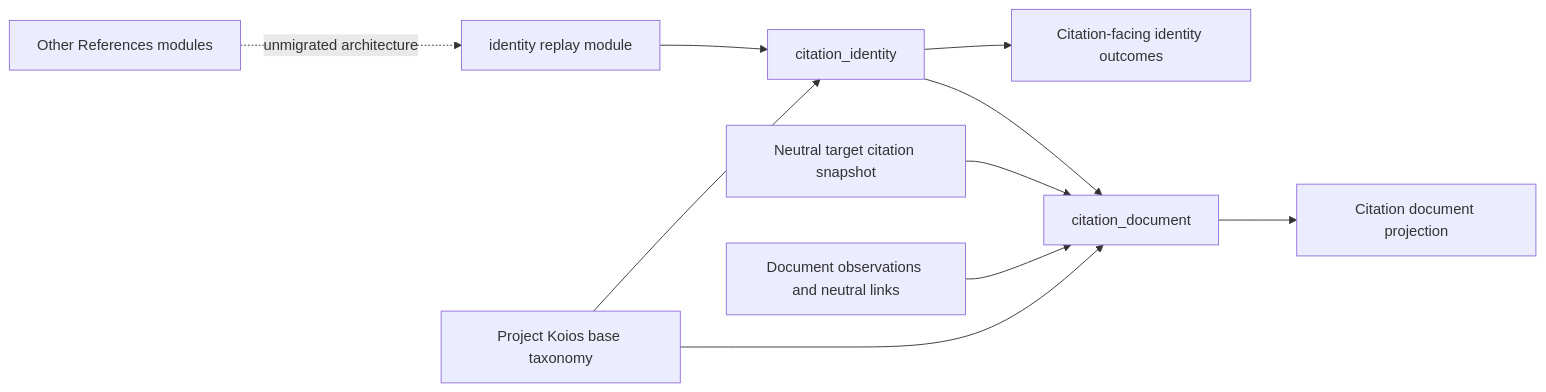
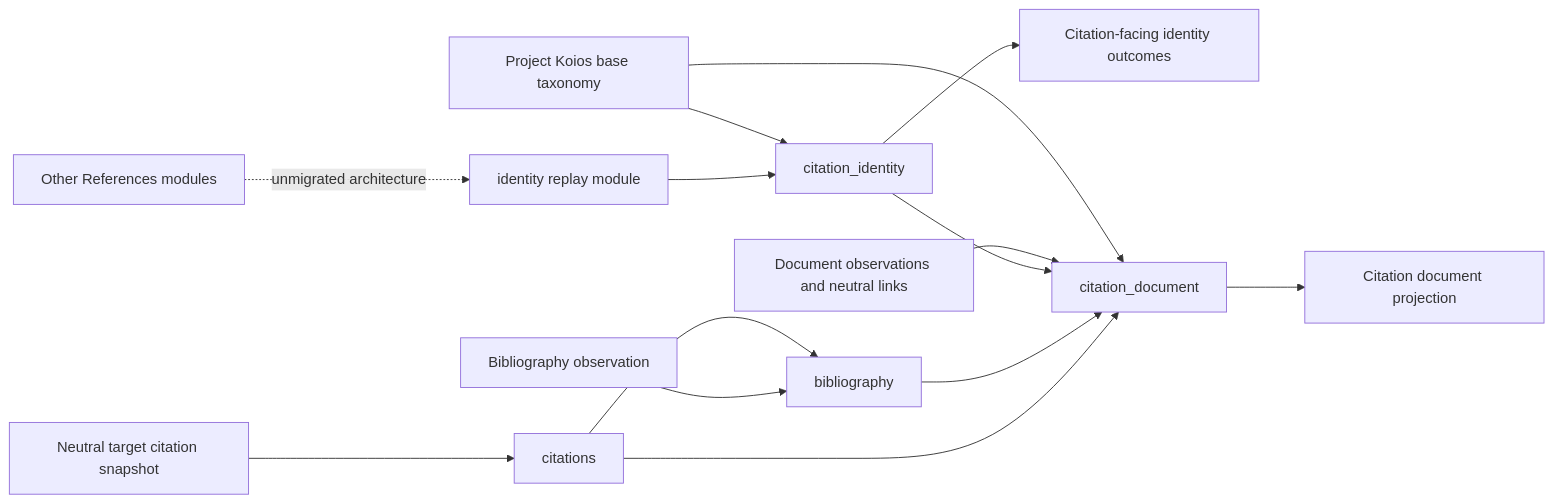
The diagram in docs/architecture/projectkoios/references/schematic.md (eragasa/projectkoios-references), drawn with Mermaid before and after one commit. The commit also changed other lines of this file and 39 other files, not shown here.

Commit message:
Split citation and bibliography ownership

````diff
--- a/docs/architecture/projectkoios/references/schematic.md
+++ b/docs/architecture/projectkoios/references/schematic.md
@@ -6,12 +6,16 @@
 ```mermaid
 flowchart LR
     I[identity replay module] --> P[citation_identity]
     P --> O[Citation-facing identity outcomes]
-    T[Neutral target citation snapshot] --> D[citation_document]
+    T[Neutral target citation snapshot] --> C[citations]
+    O2[Bibliography observation] --> G[bibliography]
+    C --> G
+    C --> D[citation_document]
+    G --> D
     P --> D
     E[Document observations and neutral links] --> D
     D --> R[Citation document projection]
     B[Project Koios base taxonomy] --> P
     B --> D
     U[Other References modules] -. unmigrated architecture .-> I
 ```
````
